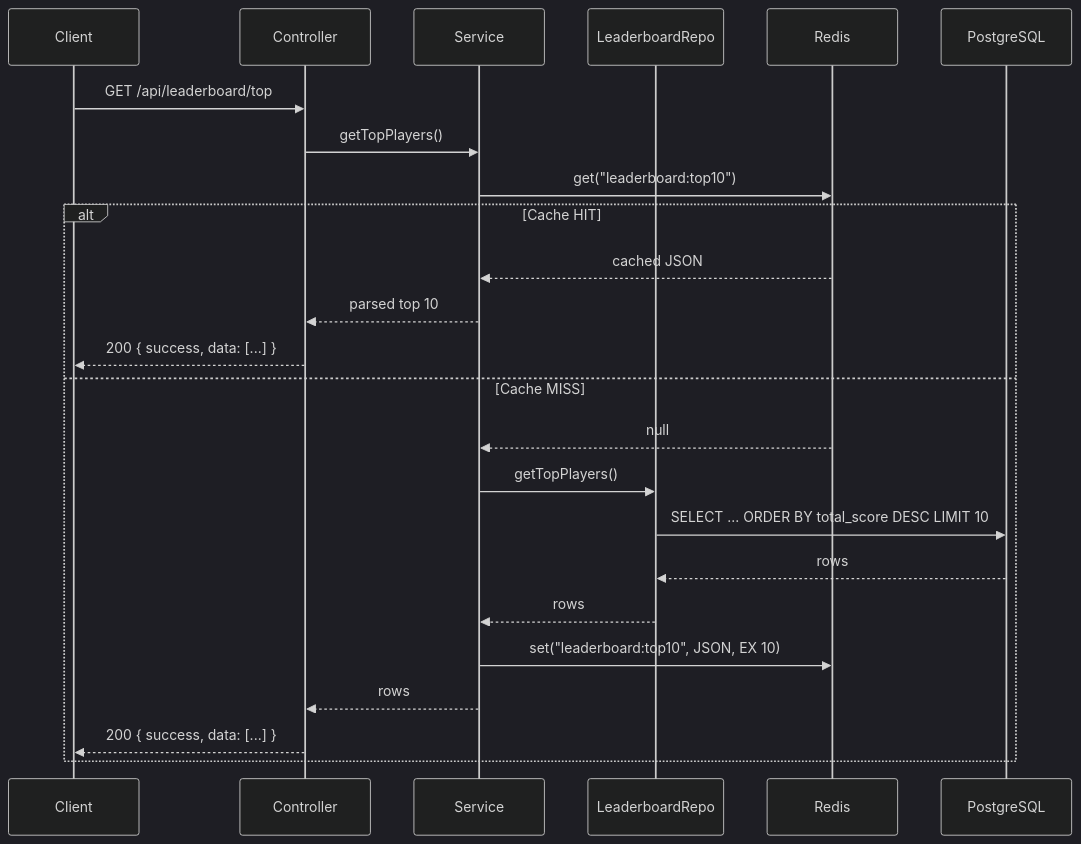
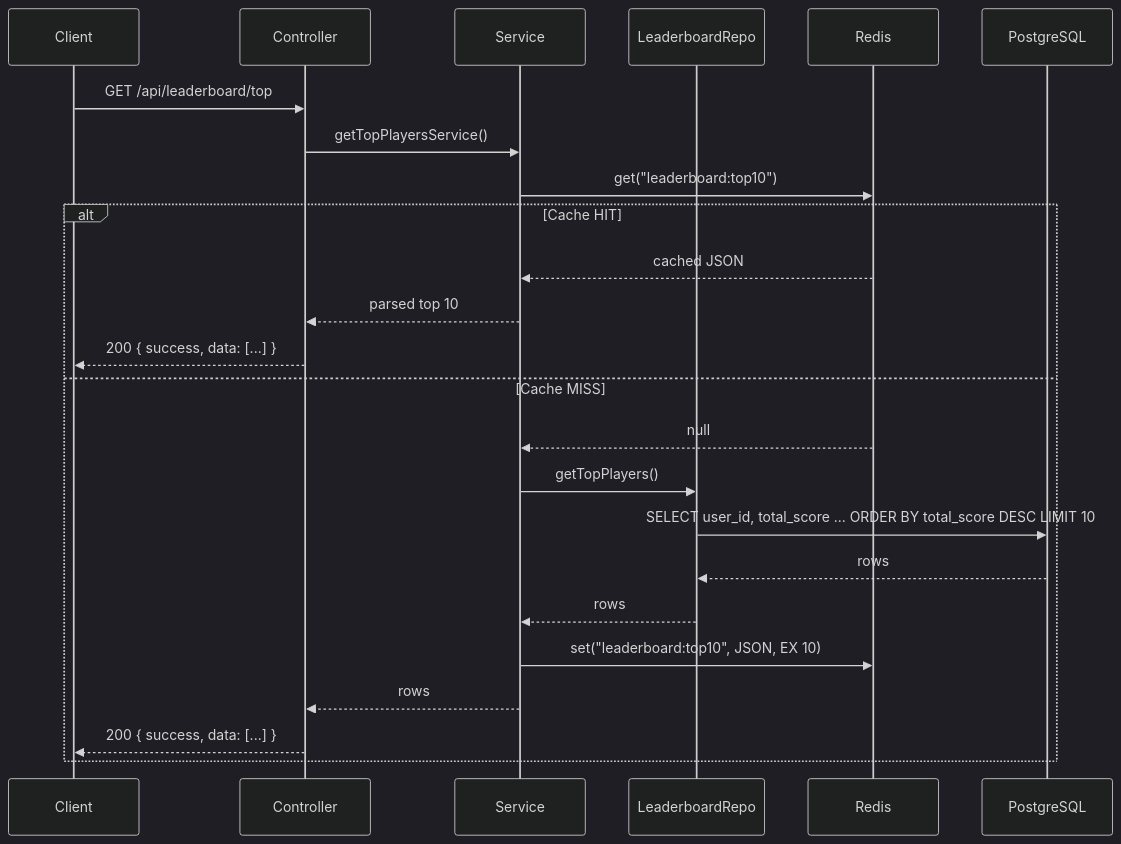
One commit to StayTrash/gaming-leaderboard changed the fifth of 10 diagrams in docs/SYSTEM_DESIGN_DIAGRAMS.md. Above: the diagram before and after it, drawn with Mermaid (dark theme). The commit also changed other lines of this file, not shown here.

Commit message:
update system design diagrams

````diff
--- a/docs/SYSTEM_DESIGN_DIAGRAMS.md
+++ b/docs/SYSTEM_DESIGN_DIAGRAMS.md
@@ -209,28 +212,28 @@
 ```mermaid
 sequenceDiagram
     participant Client
     participant Controller
     participant Service
     participant LeaderboardRepo
     participant Redis
     participant PG as PostgreSQL
 
     Client->>Controller: GET /api/leaderboard/top
-    Controller->>Service: getTopPlayers()
+    Controller->>Service: getTopPlayersService()
 
     Service->>Redis: get("leaderboard:top10")
     alt Cache HIT
         Redis-->>Service: cached JSON
         Service-->>Controller: parsed top 10
         Controller-->>Client: 200 { success, data: [...] }
     else Cache MISS
         Redis-->>Service: null
         Service->>LeaderboardRepo: getTopPlayers()
-        LeaderboardRepo->>PG: SELECT ... ORDER BY total_score DESC LIMIT 10
+        LeaderboardRepo->>PG: SELECT user_id, total_score ... ORDER BY total_score DESC LIMIT 10
         PG-->>LeaderboardRepo: rows
         LeaderboardRepo-->>Service: rows
         Service->>Redis: set("leaderboard:top10", JSON, EX 10)
         Service-->>Controller: rows
         Controller-->>Client: 200 { success, data: [...] }
     end
 ```
````
